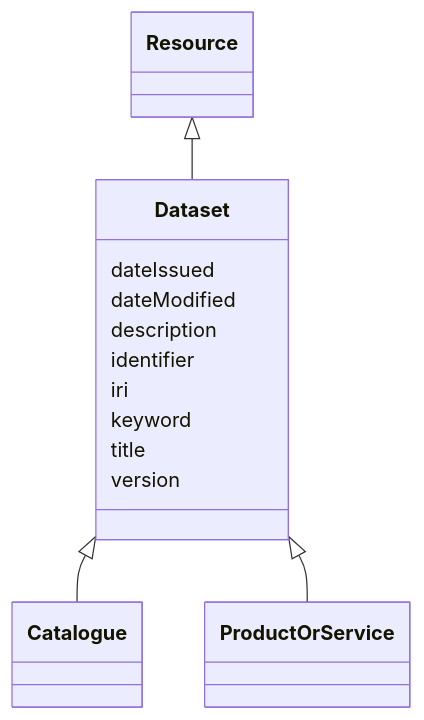
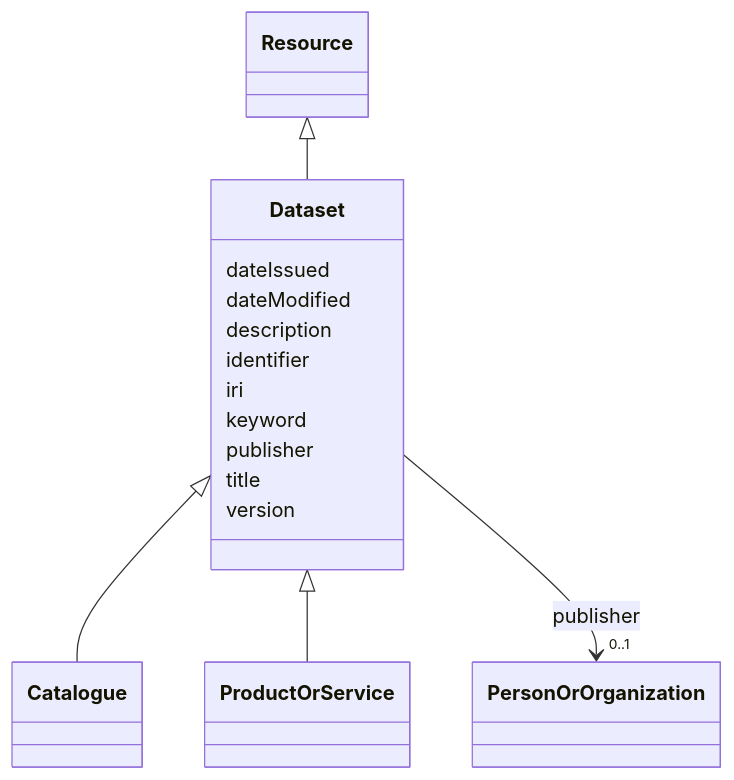
Before and after one commit to EVORA-project/evora-ontology: the diagram in models/docs/Dataset.md, drawn with Mermaid. The commit also changed other lines of this file and 468 other files, not shown here.

````diff
--- a/models/docs/Dataset.md
+++ b/models/docs/Dataset.md
@@ -21,32 +21,41 @@
 ```mermaid
  classDiagram
     class Dataset
     click Dataset href "../Dataset"
       Resource <|-- Dataset
         click Resource href "../Resource"
       
 
       Dataset <|-- Catalogue
         click Catalogue href "../Catalogue"
       Dataset <|-- ProductOrService
         click ProductOrService href "../ProductOrService"
       
       
       Dataset : dateIssued
         
       Dataset : dateModified
         
       Dataset : description
         
       Dataset : identifier
         
       Dataset : iri
         
       Dataset : keyword
         
+      Dataset : publisher
+        
+          
+    
+    
+    Dataset --> "0..1" PersonOrOrganization : publisher
+    click PersonOrOrganization href "../PersonOrOrganization"
+
+        
       Dataset : title
         
       Dataset : version
         
       
 ```
````
